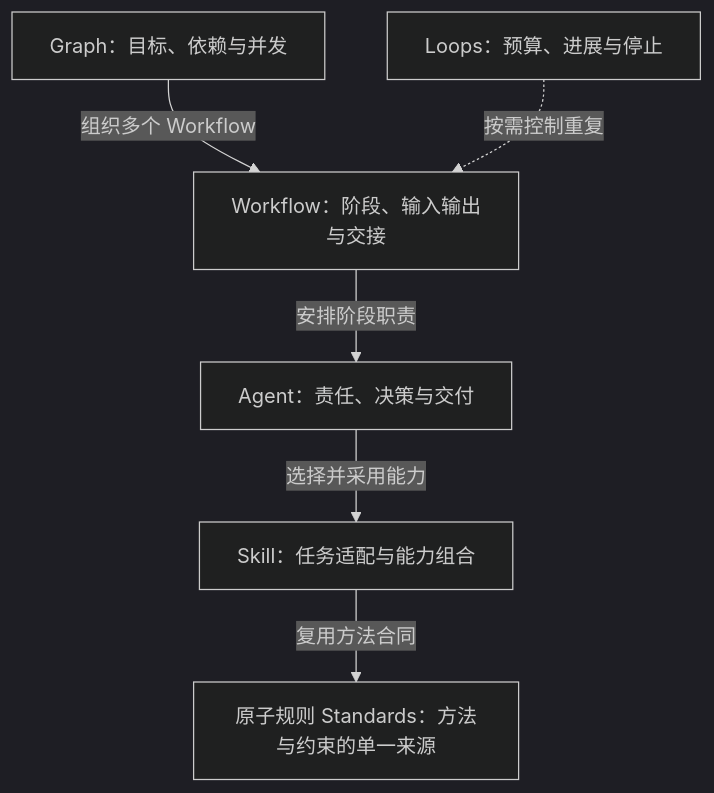
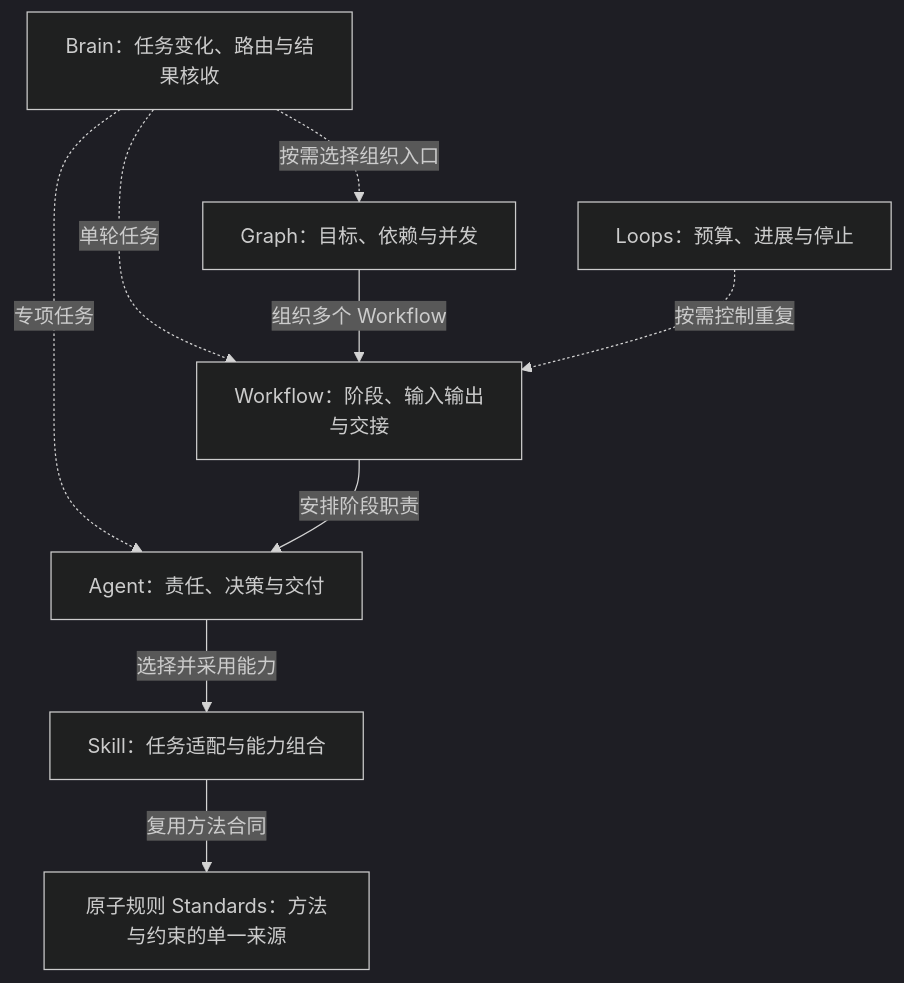
Before and after one commit to Lanqiao-Luca/ai-java-workflow: the first of 2 diagrams in README.md, drawn with Mermaid (dark theme). The commit also changed other lines of this file and 7 other files, not shown here.

````diff
--- a/README.md
+++ b/README.md
@@ -13,8 +13,11 @@
 ```mermaid
 flowchart TD
+    B["Brain：任务变化、路由与结果核收"] -.->|按需选择组织入口| G
+    B -.->|单轮任务| W
+    B -.->|专项任务| A
     G["Graph：目标、依赖与并发"] -->|组织多个 Workflow| W["Workflow：阶段、输入输出与交接"]
     L["Loops：预算、进展与停止"] -.->|按需控制重复| W
     W -->|安排阶段职责| A["Agent：责任、决策与交付"]
     A -->|选择并采用能力| S["Skill：任务适配与能力组合"]
     S -->|复用方法合同| P["原子规则 Standards：方法与约束的单一来源"]
 ```
````
